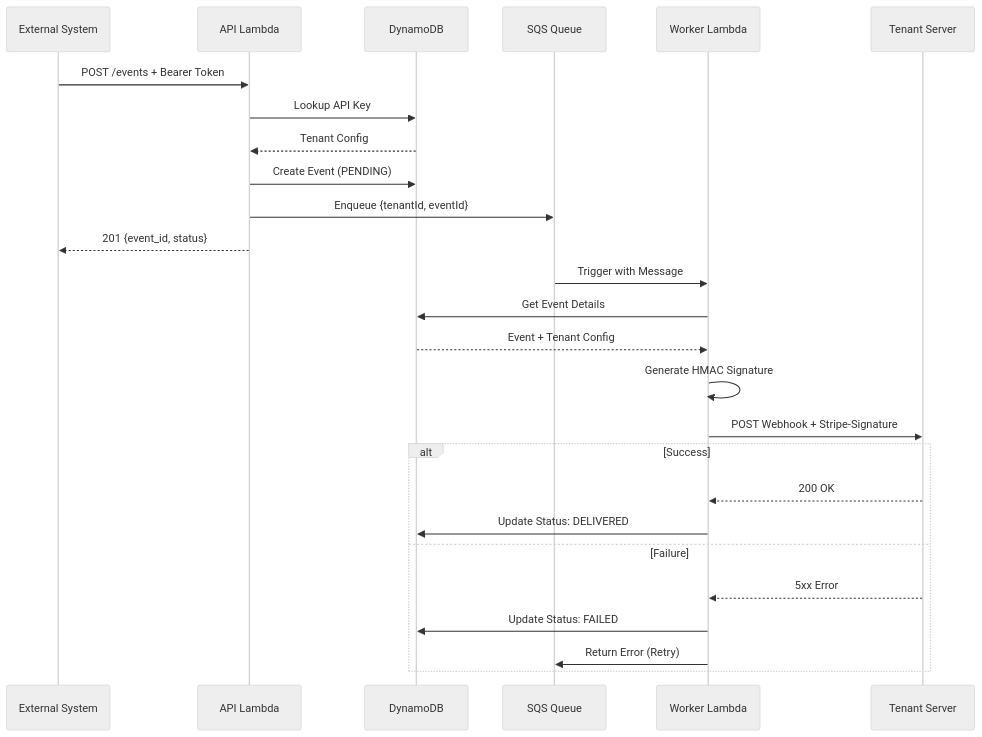
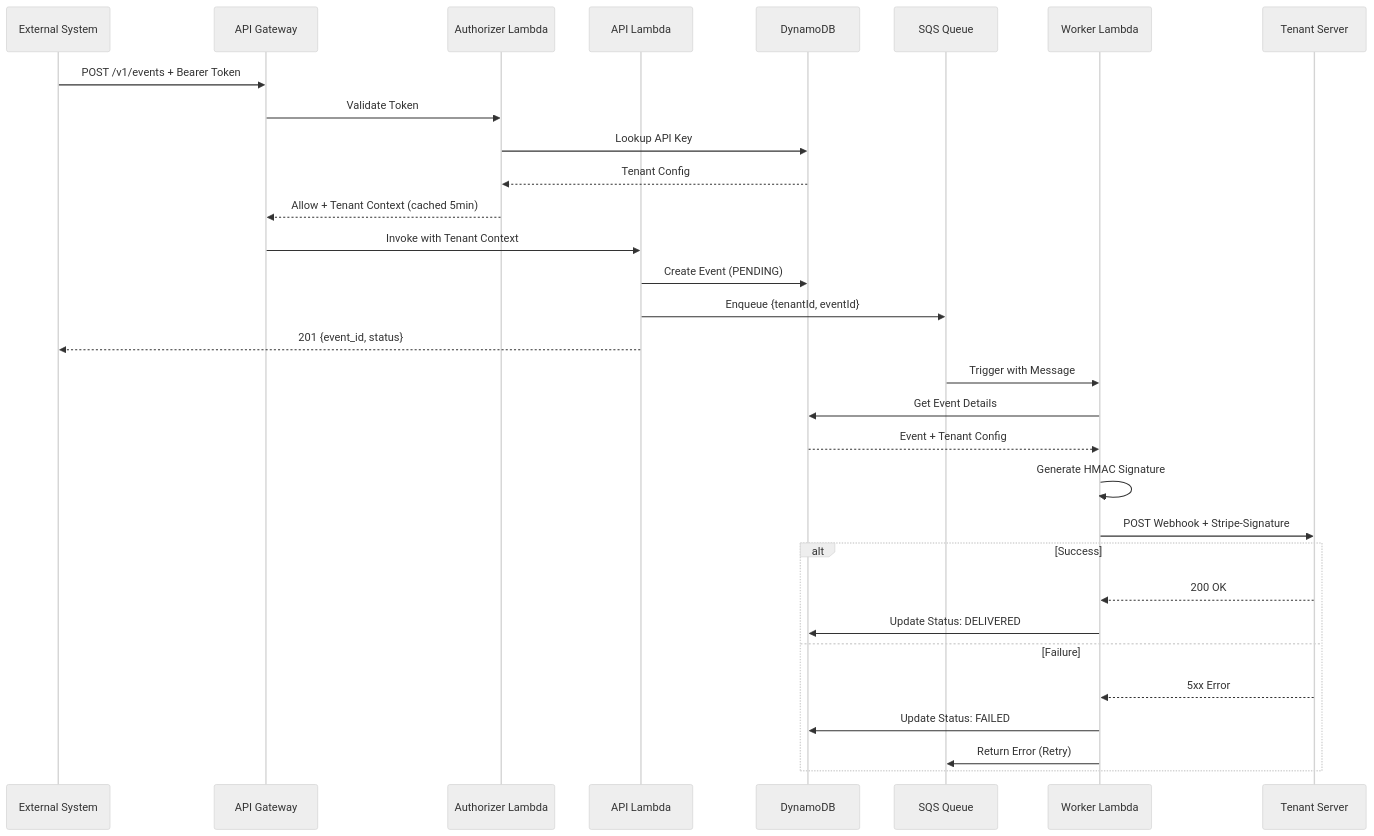
One commit to lousydropout/webhook-delivery changed the third of 3 diagrams in README.md. Above: the diagram before and after it, drawn with Mermaid (neutral theme). The commit also changed other lines of this file, not shown here.

First line of the commit message:
Update README with Lambda Authorizer architecture and /v1/events endpoint

````diff
--- a/README.md
+++ b/README.md
@@ -63,31 +68,36 @@
 ```mermaid
 sequenceDiagram
     participant Ext as External System
+    participant AGW as API Gateway
+    participant Auth as Authorizer Lambda
     participant API as API Lambda
     participant DB as DynamoDB
     participant SQS as SQS Queue
     participant Worker as Worker Lambda
     participant Tenant as Tenant Server
 
-    Ext->>API: POST /events + Bearer Token
-    API->>DB: Lookup API Key
-    DB-->>API: Tenant Config
+    Ext->>AGW: POST /v1/events + Bearer Token
+    AGW->>Auth: Validate Token
+    Auth->>DB: Lookup API Key
+    DB-->>Auth: Tenant Config
+    Auth-->>AGW: Allow + Tenant Context (cached 5min)
+    AGW->>API: Invoke with Tenant Context
     API->>DB: Create Event (PENDING)
     API->>SQS: Enqueue {tenantId, eventId}
     API-->>Ext: 201 {event_id, status}
 
     SQS->>Worker: Trigger with Message
     Worker->>DB: Get Event Details
     DB-->>Worker: Event + Tenant Config
     Worker->>Worker: Generate HMAC Signature
     Worker->>Tenant: POST Webhook + Stripe-Signature
 
     alt Success
         Tenant-->>Worker: 200 OK
         Worker->>DB: Update Status: DELIVERED
     else Failure
         Tenant-->>Worker: 5xx Error
         Worker->>DB: Update Status: FAILED
         Worker->>SQS: Return Error (Retry)
     end
 ```
````
